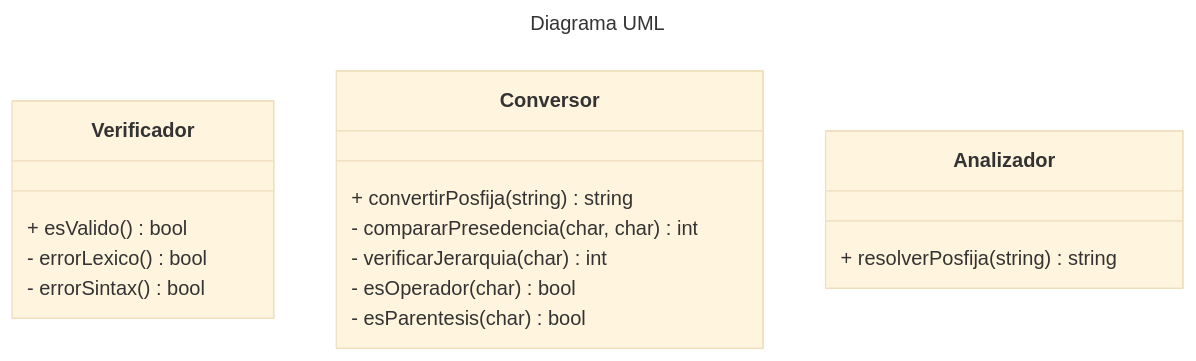
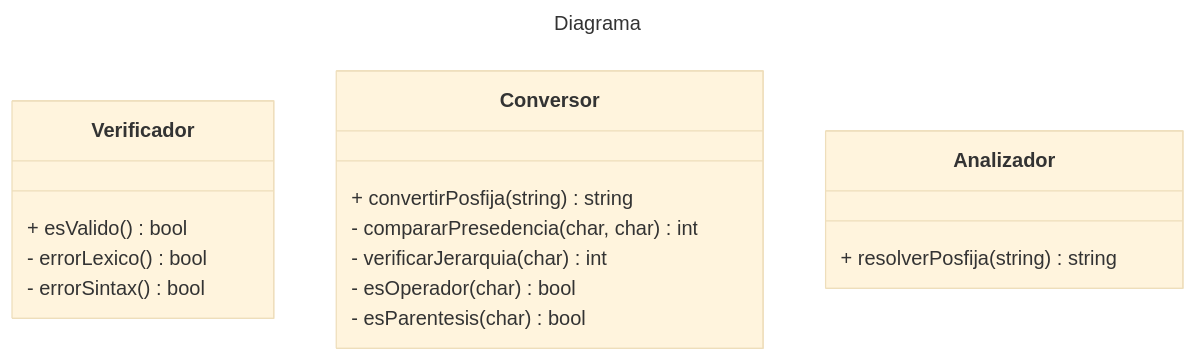
Before and after one commit to jeusmatthew/pd-2-calculadora: the diagram in docs/docs.md, drawn with Mermaid (base theme). The commit also changed other lines of this file, not shown here.

````diff
--- a/docs/docs.md
+++ b/docs/docs.md
@@ -36,25 +40,23 @@
 ``` mermaid
 ---
-title: Diagrama UML
+title: Diagrama
 ---
 
 classDiagram
     class Verificador {
-		+ esValido() bool
+		+ esValido() bool 
 		- errorLexico() bool
 		- errorSintax() bool
 	}
 	class Conversor{
 		+ convertirPosfija(string) string
 		- compararPresedencia(char, char) int
 		- verificarJerarquia(char) int
 		- esOperador(char) bool
 		- esParentesis(char) bool
 	}
 
 	class Analizador{
 		+ resolverPosfija(string) string
 	}
-
-    
 ```
````
